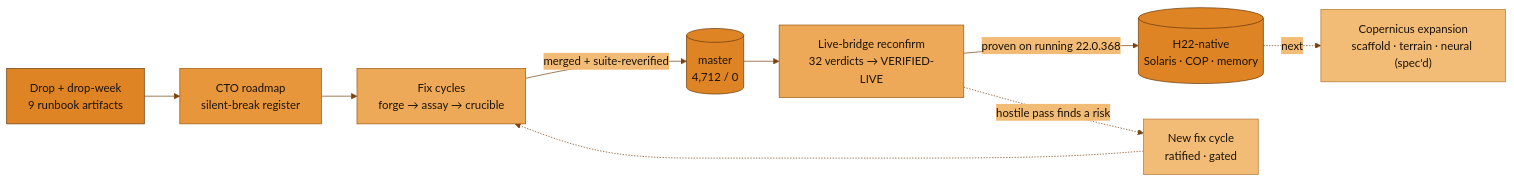
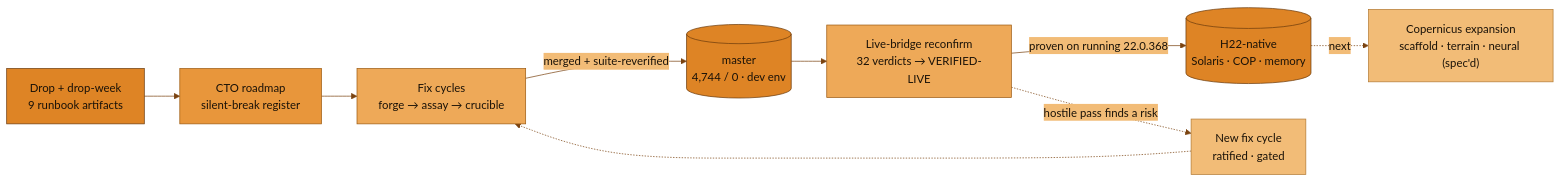
The fourth of 10 diagrams in README.md (JosephOIbrahim/Synapse), drawn with Mermaid before and after one commit. The commit also changed other lines of this file, not shown here.

````diff
--- a/README.md
+++ b/README.md
@@ -216,16 +296,16 @@
 ```mermaid
 %%{init: {'theme':'base', 'themeVariables': {'primaryColor':'#E8963B','primaryTextColor':'#1A1208','primaryBorderColor':'#9C5A10','lineColor':'#7A4310','secondaryColor':'#EEA958','tertiaryColor':'#F2BC77','edgeLabelBackground':'#F2BC77','clusterBkg':'#F2BC77','clusterBorder':'#9C5A10'}}}%%
 flowchart LR
     DROP["Drop + drop-week<br/>9 runbook artifacts"]:::hou --> ROADMAP["CTO roadmap<br/>silent-break register"]:::panel
     ROADMAP --> FIX["Fix cycles<br/>forge → assay → crucible"]:::bridge
-    FIX -->|"merged + suite-reverified"| MERGED[("master<br/>4,712 / 0")]:::hou
+    FIX -->|"merged + suite-reverified"| MERGED[("master<br/>4,744 / 0 · dev env")]:::hou
     MERGED --> LIVE["Live-bridge reconfirm<br/>32 verdicts → VERIFIED-LIVE"]:::bridge
     LIVE -->|"proven on running 22.0.368"| DEMO[("H22-native<br/>Solaris · COP · memory")]:::hou
     LIVE -.hostile pass finds a risk.-> NEXT["New fix cycle<br/>ratified · gated"]:::side
     NEXT -.-> FIX
     DEMO -.next.-> EXPAND["Copernicus expansion<br/>scaffold · terrain · neural (spec'd)"]:::side
     classDef panel fill:#E8963B,stroke:#9C5A10,color:#1A1208
     classDef bridge fill:#EEA958,stroke:#9C5A10,color:#1A1208
     classDef hou fill:#DE8425,stroke:#6B3A0C,color:#1A1208
     classDef side fill:#F2BC77,stroke:#B37A33,color:#1A1208
 ```
````
